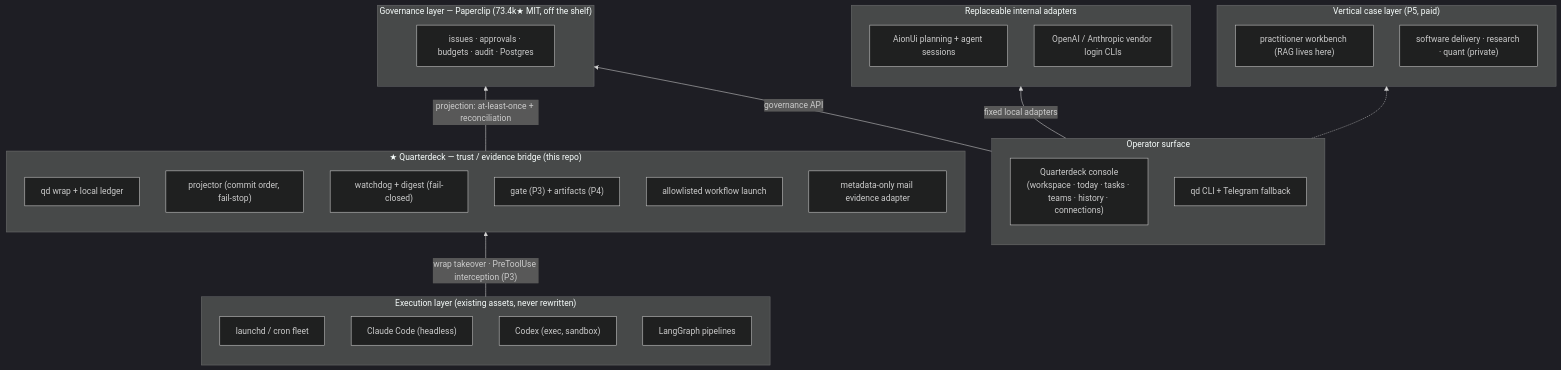
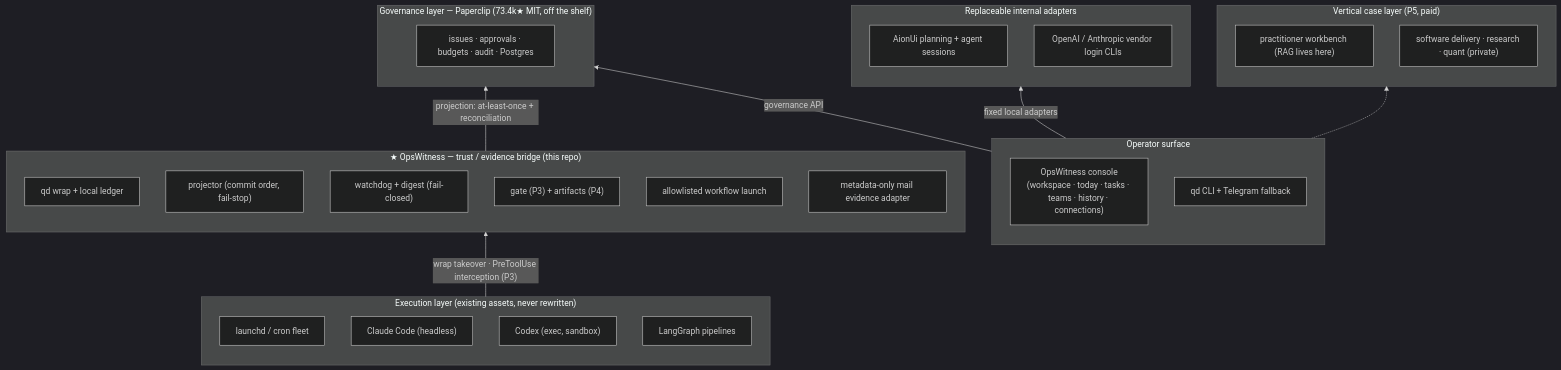
The diagram in docs/ARCHITECTURE.md (opswitness/opswitness), drawn with Mermaid (dark theme) before and after one commit. The commit also changed other lines of this file and 158 other files, not shown here.

Commit message:
refactor: migrate product identity to OpsWitness

````diff
--- a/docs/ARCHITECTURE.md
+++ b/docs/ARCHITECTURE.md
@@ -112,37 +131,37 @@
 ```mermaid
 flowchart BT
     subgraph E["Execution layer (existing assets, never rewritten)"]
         E1["launchd / cron fleet"]
         E2["Claude Code (headless)"]
         E3["Codex (exec, sandbox)"]
         E4["LangGraph pipelines"]
     end
-    subgraph Q["★ Quarterdeck — trust / evidence bridge (this repo)"]
+    subgraph Q["★ OpsWitness — trust / evidence bridge (this repo)"]
         Q1["qd wrap + local ledger"]
         Q2["projector (commit order, fail-stop)"]
         Q3["watchdog + digest (fail-closed)"]
         Q4["gate (P3) + artifacts (P4)"]
         Q5["allowlisted workflow launch"]
         Q6["metadata-only mail evidence adapter"]
     end
     subgraph P["Governance layer — Paperclip (73.4k★ MIT, off the shelf)"]
         P1["issues · approvals · budgets · audit · Postgres"]
     end
     subgraph A["Replaceable internal adapters"]
         A1["AionUi planning + agent sessions"]
         A2["OpenAI / Anthropic vendor login CLIs"]
     end
     subgraph C["Operator surface"]
-        C0["Quarterdeck console<br/>(workspace · today · tasks · teams · history · connections)"]
+        C0["OpsWitness console<br/>(workspace · today · tasks · teams · history · connections)"]
         C1["qd CLI + Telegram fallback"]
     end
     subgraph V["Vertical case layer (P5, paid)"]
         V1["practitioner workbench (RAG lives here)"]
         V2["software delivery · research · quant (private)"]
     end
     E -->|"wrap takeover · PreToolUse interception (P3)"| Q
     Q -->|"projection: at-least-once + reconciliation"| P
     C -->|fixed local adapters| A
     C -->|governance API| P
     C -.-> V
 ```
````
